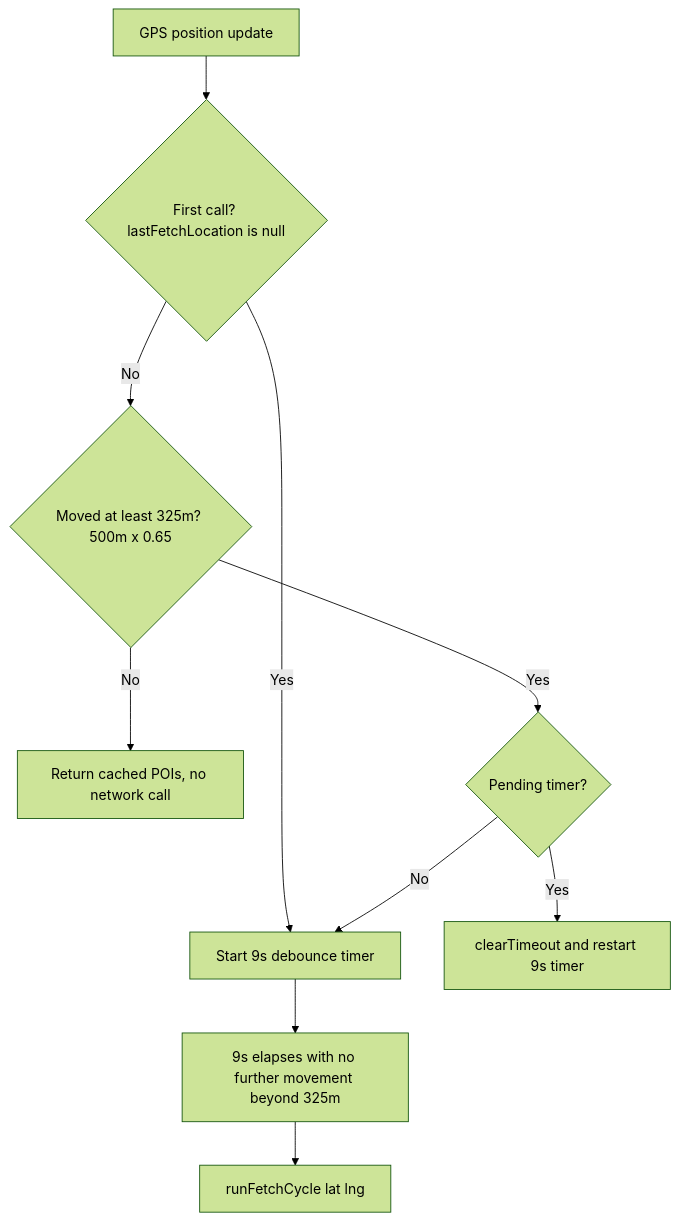
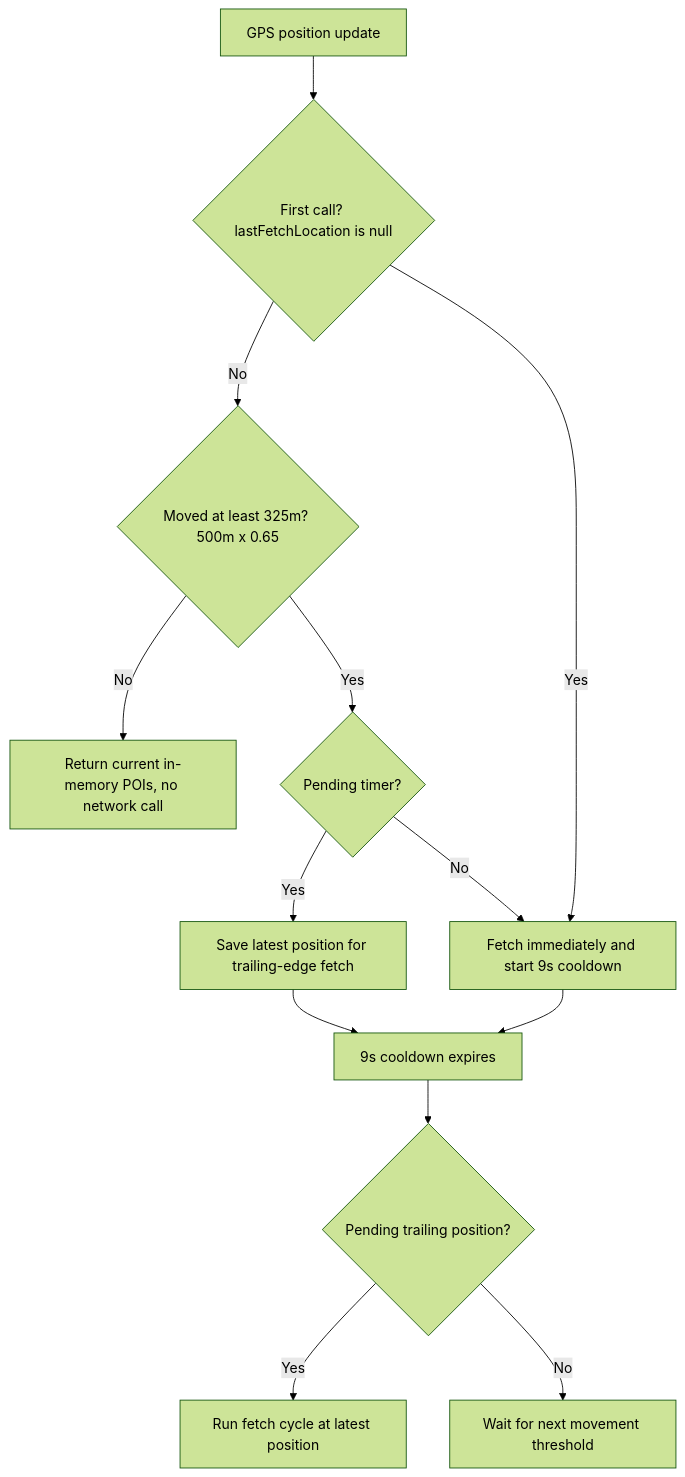
One commit to debnathkoushik/my-path changed the eighth of 11 diagrams in docs/Architecture.md. Above: the diagram before and after it, drawn with Mermaid (forest theme). The commit also changed other lines of this file and 20 other files, not shown here.

````diff
--- a/docs/Architecture.md
+++ b/docs/Architecture.md
@@ -489,12 +470,15 @@
 ```mermaid
 flowchart TD
     A["GPS position update"] --> B{"First call? lastFetchLocation is null"}
-    B -- Yes --> D["Start 9s debounce timer"]
+    B -- Yes --> D["Fetch immediately and start 9s cooldown"]
     B -- No --> C{"Moved at least 325m? 500m x 0.65"}
-    C -- No --> E["Return cached POIs, no network call"]
+    C -- No --> E["Return current in-memory POIs, no network call"]
     C -- Yes --> F{"Pending timer?"}
-    F -- Yes --> G["clearTimeout and restart 9s timer"]
+    F -- Yes --> G["Save latest position for trailing-edge fetch"]
     F -- No --> D
-    D --> H["9s elapses with no further movement beyond 325m"]
-    H --> I["runFetchCycle lat lng"]
+    D --> H["9s cooldown expires"]
+    G --> H
+    H --> I{"Pending trailing position?"}
+    I -- Yes --> J["Run fetch cycle at latest position"]
+    I -- No --> K["Wait for next movement threshold"]
 ```
````
